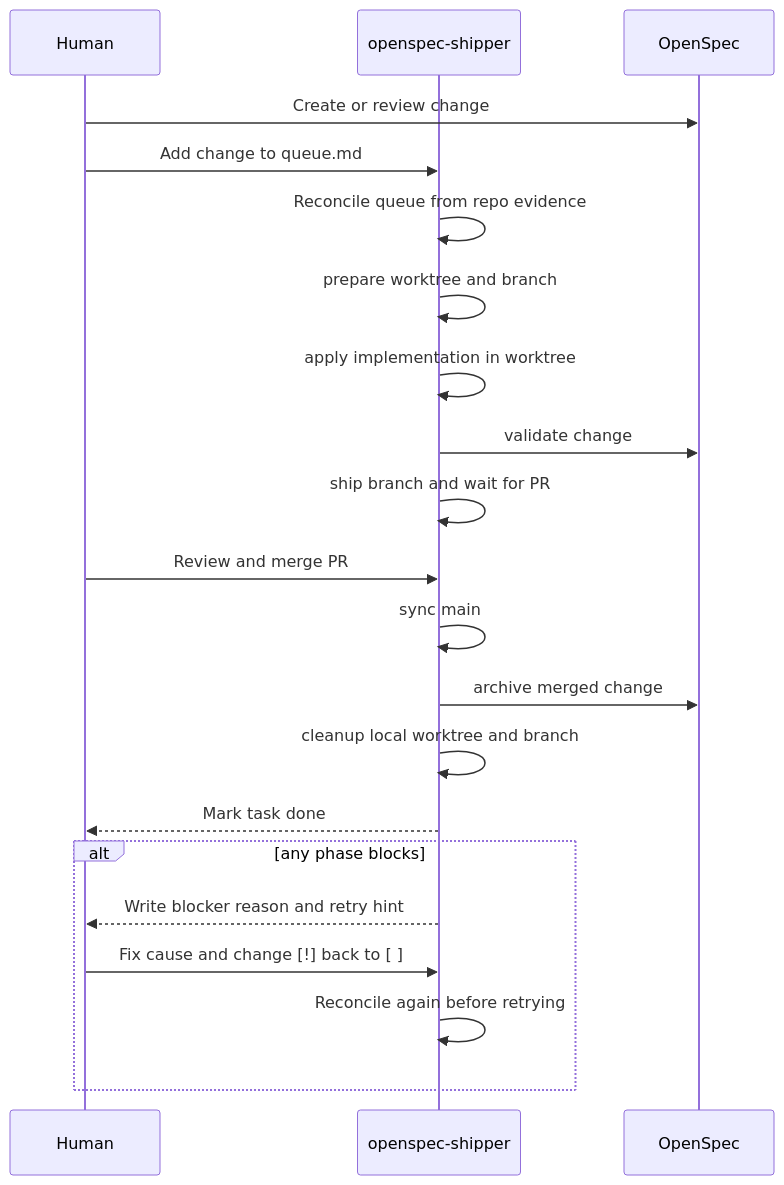
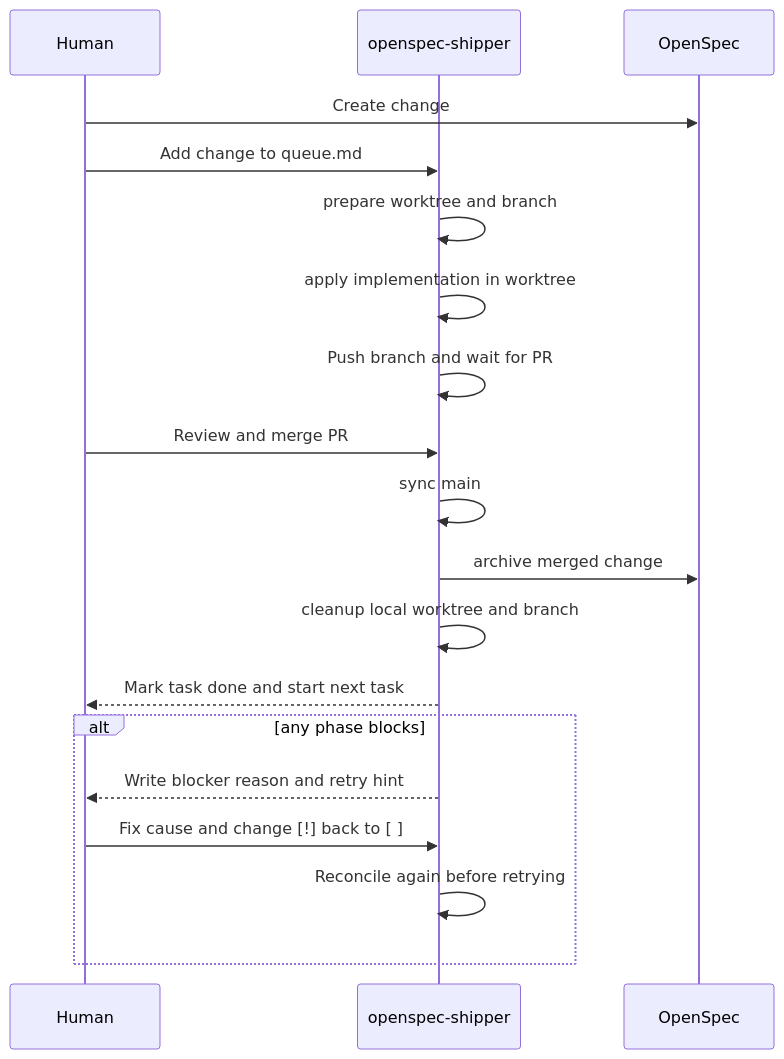
The diagram in README.md (javigomez/openspec-shipper), drawn with Mermaid before and after one commit. The commit also changed other lines of this file and 28 other files, not shown here.

````diff
--- a/README.md
+++ b/README.md
@@ -196,25 +196,23 @@
 ```mermaid
 sequenceDiagram
   participant Human
   participant Shipper as openspec-shipper
   participant OpenSpec
 
-  Human->>OpenSpec: Create or review change
+  Human->>OpenSpec: Create change
   Human->>Shipper: Add change to queue.md
-  Shipper->>Shipper: Reconcile queue from repo evidence
   Shipper->>Shipper: prepare worktree and branch
   Shipper->>Shipper: apply implementation in worktree
-  Shipper->>OpenSpec: validate change
-  Shipper->>Shipper: ship branch and wait for PR
+  Shipper->>Shipper: Push branch and wait for PR
   Human->>Shipper: Review and merge PR
   Shipper->>Shipper: sync main
   Shipper->>OpenSpec: archive merged change
   Shipper->>Shipper: cleanup local worktree and branch
-  Shipper-->>Human: Mark task done
+  Shipper-->>Human: Mark task done and start next task
 
   alt any phase blocks
     Shipper-->>Human: Write blocker reason and retry hint
     Human->>Shipper: Fix cause and change [!] back to [ ]
     Shipper->>Shipper: Reconcile again before retrying
   end
 ```
````
